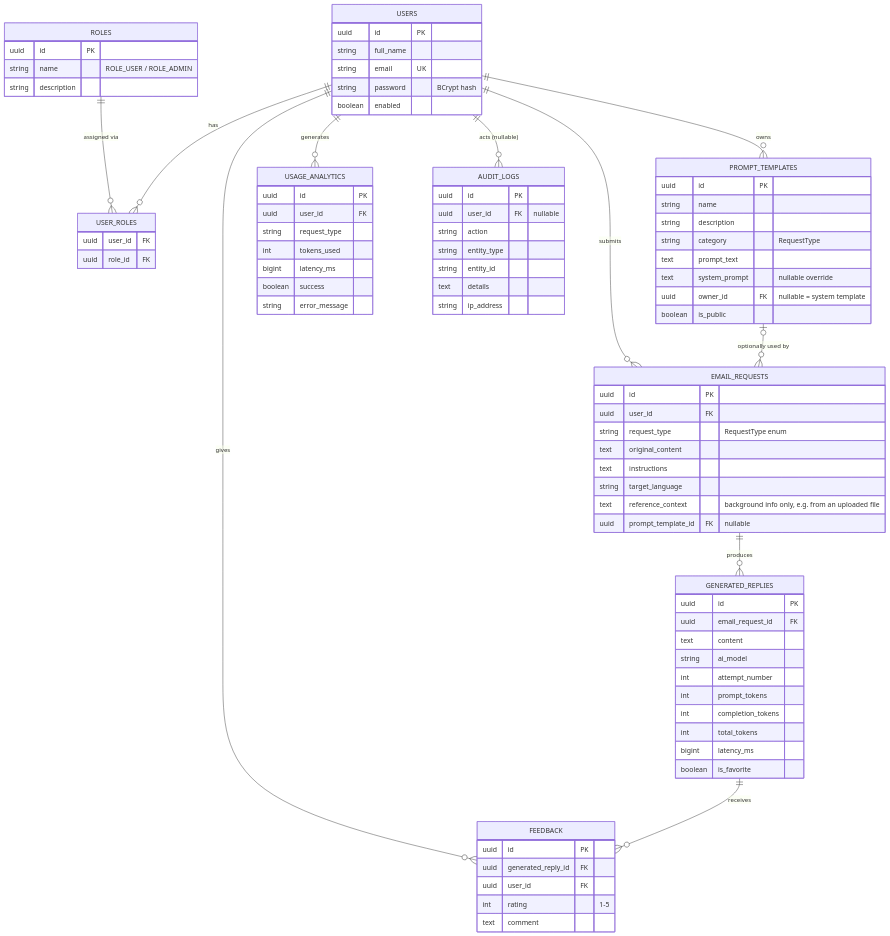
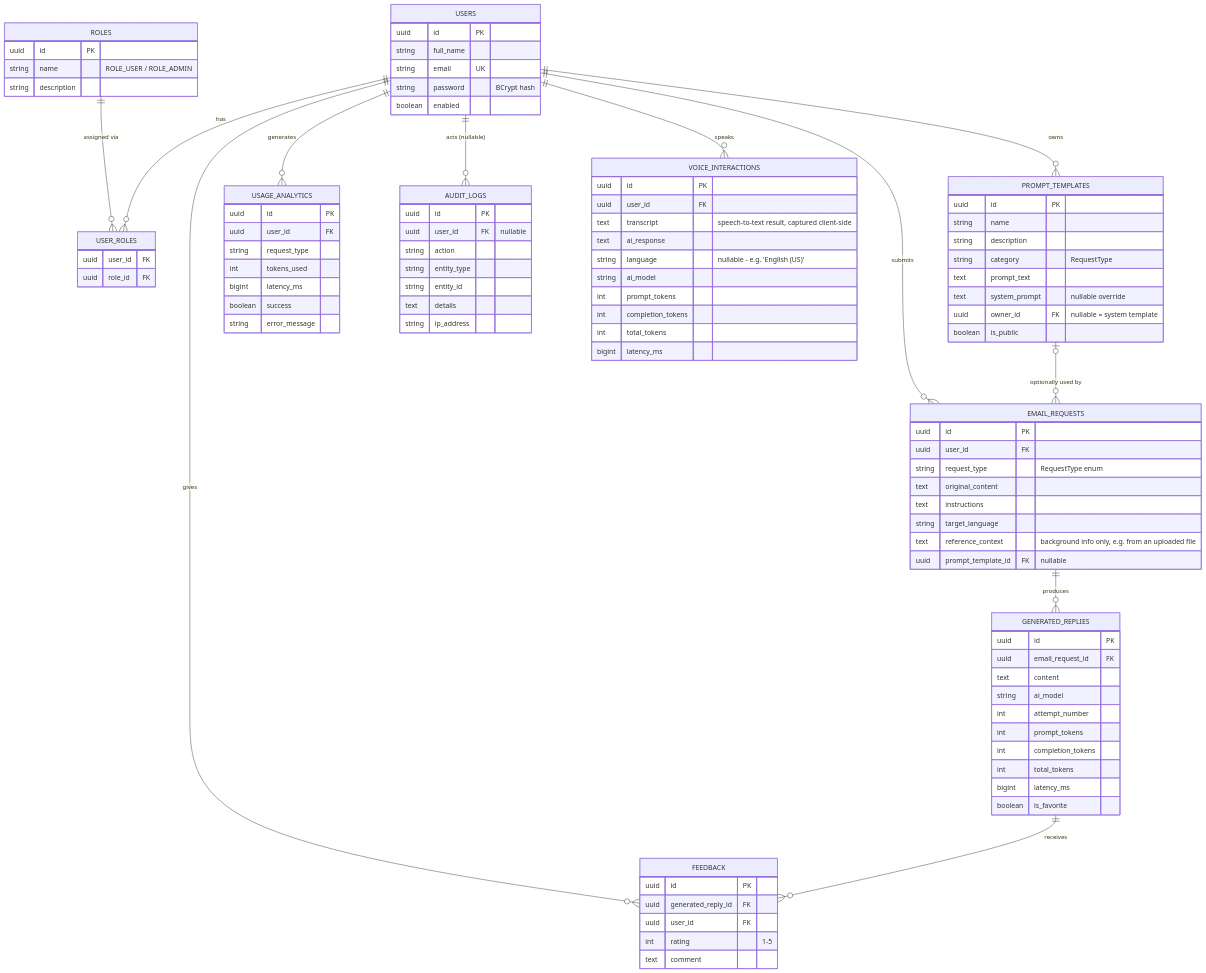
The diagram in docs/er-diagram.md (Amarkr1998/IntelliMail), drawn with Mermaid before and after one commit. The commit also changed other lines of this file and 84 other files, not shown here.

````diff
--- a/docs/er-diagram.md
+++ b/docs/er-diagram.md
@@ -11,6 +11,7 @@
     USERS ||--o{ FEEDBACK : gives
     USERS ||--o{ USAGE_ANALYTICS : generates
     USERS ||--o{ AUDIT_LOGS : "acts (nullable)"
+    USERS ||--o{ VOICE_INTERACTIONS : speaks
     PROMPT_TEMPLATES |o--o{ EMAIL_REQUESTS : "optionally used by"
     EMAIL_REQUESTS ||--o{ GENERATED_REPLIES : produces
     GENERATED_REPLIES ||--o{ FEEDBACK : receives
@@ -96,4 +97,17 @@
         text details
         string ip_address
     }
+
+    VOICE_INTERACTIONS {
+        uuid id PK
+        uuid user_id FK
+        text transcript "speech-to-text result, captured client-side"
+        text ai_response
+        string language "nullable - e.g. 'English (US)'"
+        string ai_model
+        int prompt_tokens
+        int completion_tokens
+        int total_tokens
+        bigint latency_ms
+    }
 ```
````
